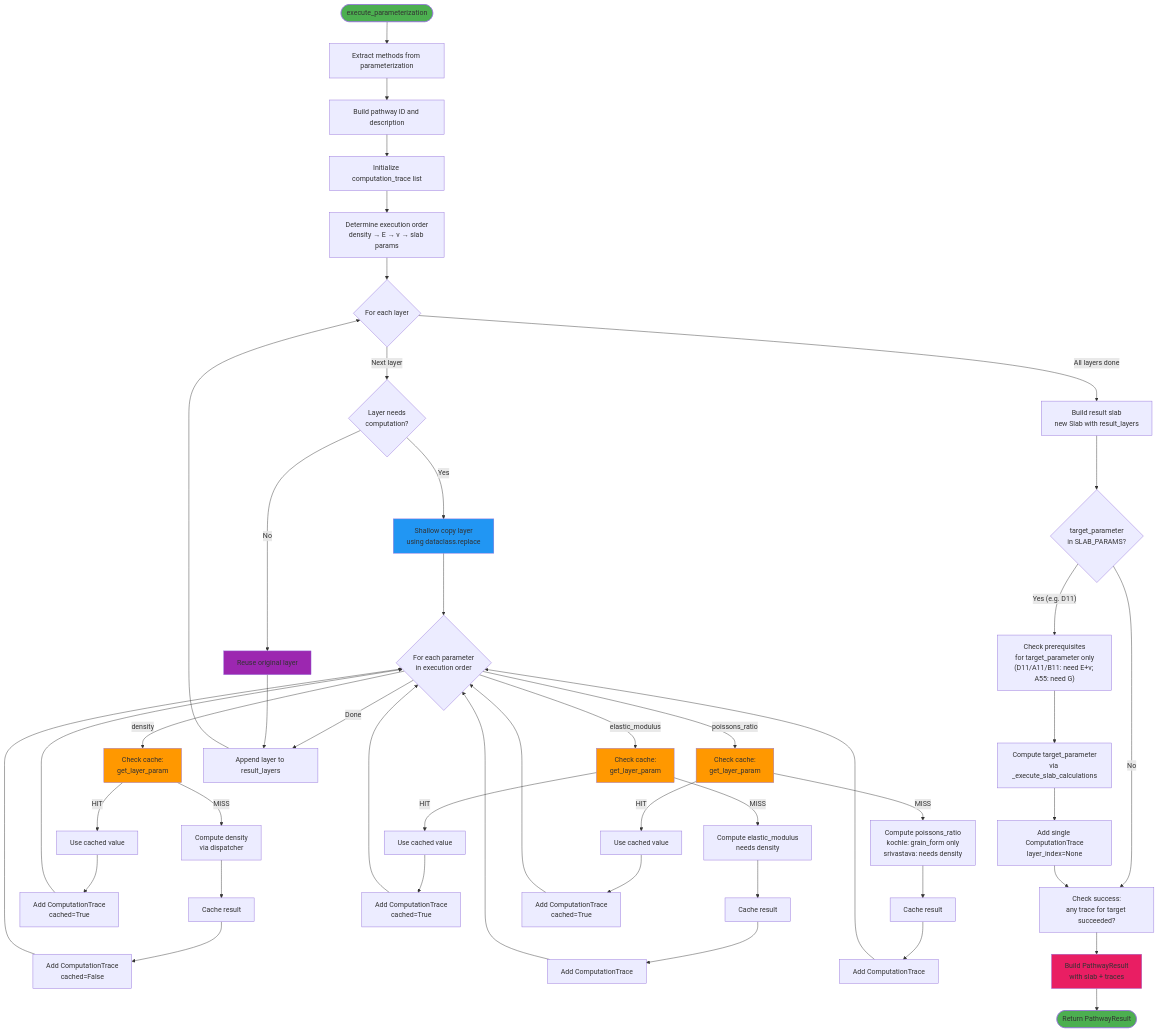
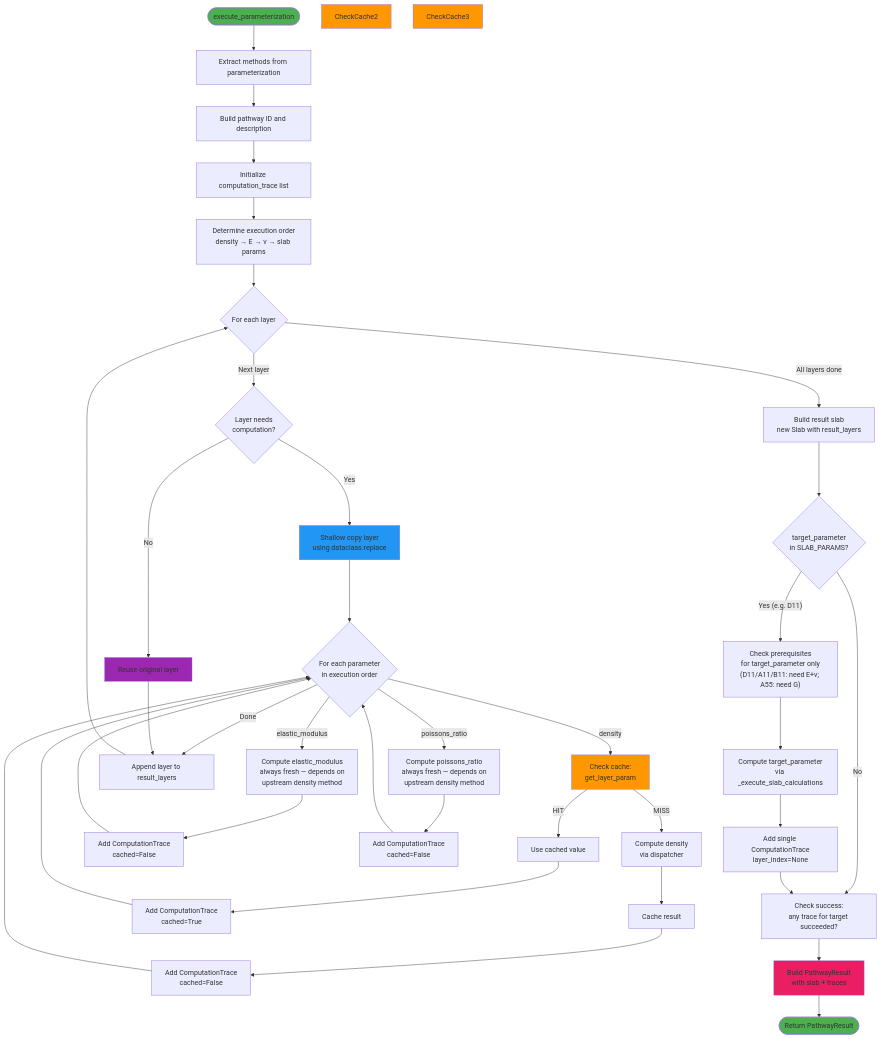
One commit to connellymk/SnowPyt-MechParams changed the fourth of 7 diagrams in docs/execution_engine.md. Above: the diagram before and after it, drawn with Mermaid. The commit also changed other lines of this file and 3 other files, not shown here.

````diff
--- a/docs/execution_engine.md
+++ b/docs/execution_engine.md
@@ -297,77 +288,65 @@
 ```mermaid
 flowchart TD
     Start([execute_parameterization]) --> ExtractMethods[Extract methods from parameterization]
     ExtractMethods --> BuildID[Build pathway ID and description]
     BuildID --> InitTrace[Initialize computation_trace list]
     
     InitTrace --> DetermineOrder[Determine execution order<br/>density → E → ν → slab params]
     
     DetermineOrder --> LayerLoop{For each layer}
     
     LayerLoop -->|Next layer| CheckCompute{Layer needs<br/>computation?}
     
     CheckCompute -->|Yes| ShallowCopy[Shallow copy layer<br/>using dataclass.replace]
     CheckCompute -->|No| ReuseLayer[Reuse original layer]
     
     ShallowCopy --> ParamLoop{For each parameter<br/>in execution order}
     
     ParamLoop -->|density| CheckCache1[Check cache:<br/>get_layer_param]
     CheckCache1 -->|MISS| ComputeDensity[Compute density<br/>via dispatcher]
     CheckCache1 -->|HIT| UseCached1[Use cached value]
     ComputeDensity --> CacheDensity[Cache result]
     CacheDensity --> TraceDensity[Add ComputationTrace<br/>cached=False]
     UseCached1 --> TraceDensity1[Add ComputationTrace<br/>cached=True]
     
     TraceDensity --> ParamLoop
     TraceDensity1 --> ParamLoop
     
-    ParamLoop -->|elastic_modulus| CheckCache2[Check cache:<br/>get_layer_param]
-    CheckCache2 -->|MISS| ComputeE[Compute elastic_modulus<br/>needs density]
-    CheckCache2 -->|HIT| UseCached2[Use cached value]
-    ComputeE --> CacheE[Cache result]
-    CacheE --> TraceE[Add ComputationTrace]
-    UseCached2 --> TraceE1[Add ComputationTrace<br/>cached=True]
-    
+    ParamLoop -->|elastic_modulus| ComputeE[Compute elastic_modulus<br/>always fresh — depends on<br/>upstream density method]
+    ComputeE --> TraceE[Add ComputationTrace<br/>cached=False]
     TraceE --> ParamLoop
-    TraceE1 --> ParamLoop
-    
-    ParamLoop -->|poissons_ratio| CheckCache3[Check cache:<br/>get_layer_param]
-    CheckCache3 -->|MISS| ComputeNu[Compute poissons_ratio<br/>kochle: grain_form only<br/>srivastava: needs density]
-    CheckCache3 -->|HIT| UseCached3[Use cached value]
-    ComputeNu --> CacheNu[Cache result]
-    CacheNu --> TraceNu[Add ComputationTrace]
-    UseCached3 --> TraceNu1[Add ComputationTrace<br/>cached=True]
-    
+
+    ParamLoop -->|poissons_ratio| ComputeNu[Compute poissons_ratio<br/>always fresh — depends on<br/>upstream density method]
+    ComputeNu --> TraceNu[Add ComputationTrace<br/>cached=False]
     TraceNu --> ParamLoop
-    TraceNu1 --> ParamLoop
     
     ParamLoop -->|Done| AppendLayer[Append layer to result_layers]
     ReuseLayer --> AppendLayer
     
     AppendLayer --> LayerLoop
     
     LayerLoop -->|All layers done| BuildSlab[Build result slab<br/>new Slab with result_layers]
     
     BuildSlab --> SlabCalcs{"target_parameter<br/>in SLAB_PARAMS?"}
     
     SlabCalcs -->|"Yes (e.g. D11)"| CheckPrereqs["Check prerequisites<br/>for target_parameter only<br/>(D11/A11/B11: need E+ν; A55: need G)"]
     CheckPrereqs --> ComputeTarget["Compute target_parameter<br/>via _execute_slab_calculations"]
     ComputeTarget --> TraceTarget["Add single ComputationTrace<br/>layer_index=None"]
     
     SlabCalcs -->|No| CheckSuccess
     TraceTarget --> CheckSuccess
     
     CheckSuccess[Check success:<br/>any trace for target succeeded?]
     CheckSuccess --> BuildResult[Build PathwayResult<br/>with slab + traces]
     
     BuildResult --> End([Return PathwayResult])
     
     style Start fill:#4CAF50
     style End fill:#4CAF50
     style CheckCache1 fill:#FF9800
     style CheckCache2 fill:#FF9800
     style CheckCache3 fill:#FF9800
     style ShallowCopy fill:#2196F3
     style ReuseLayer fill:#9C27B0
     style BuildResult fill:#E91E63
 ```
````
